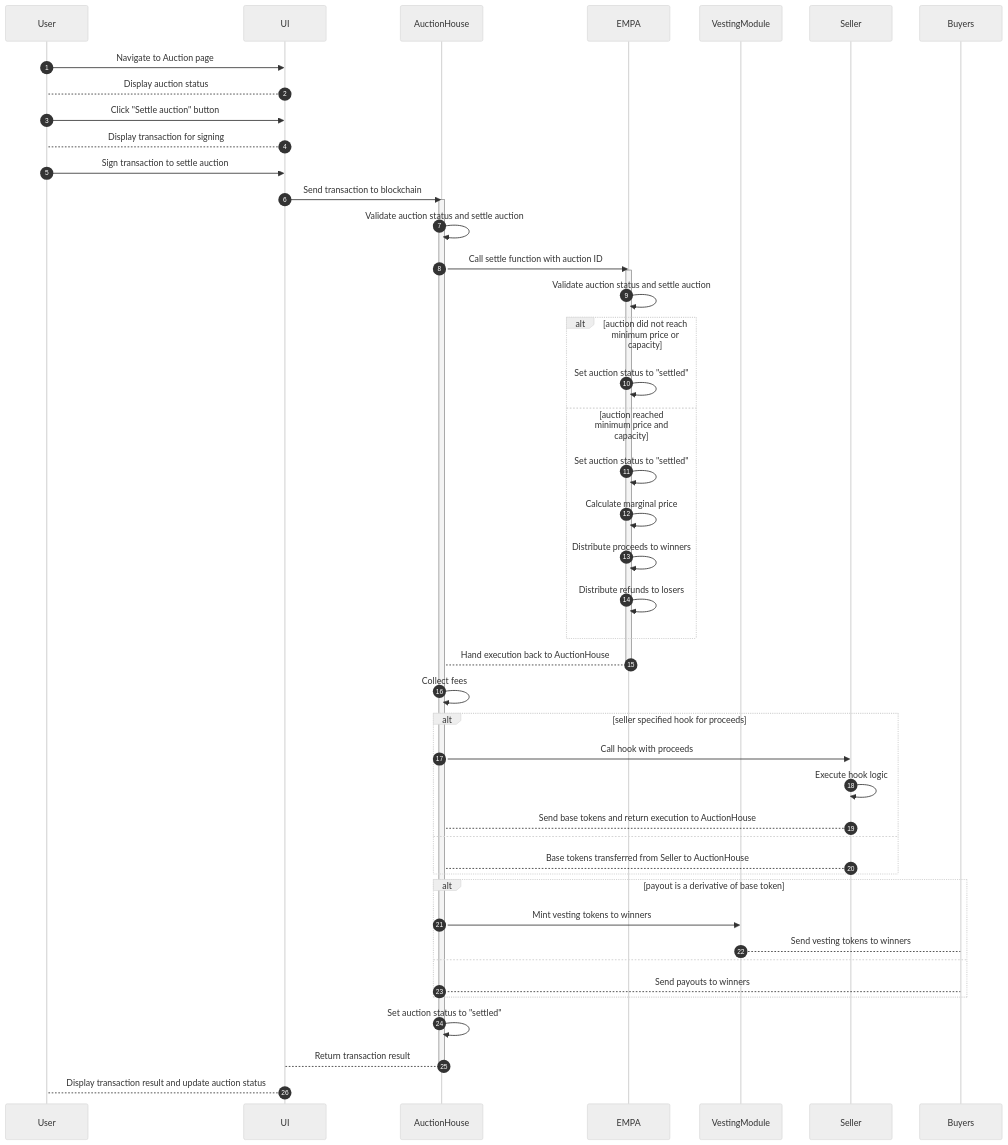
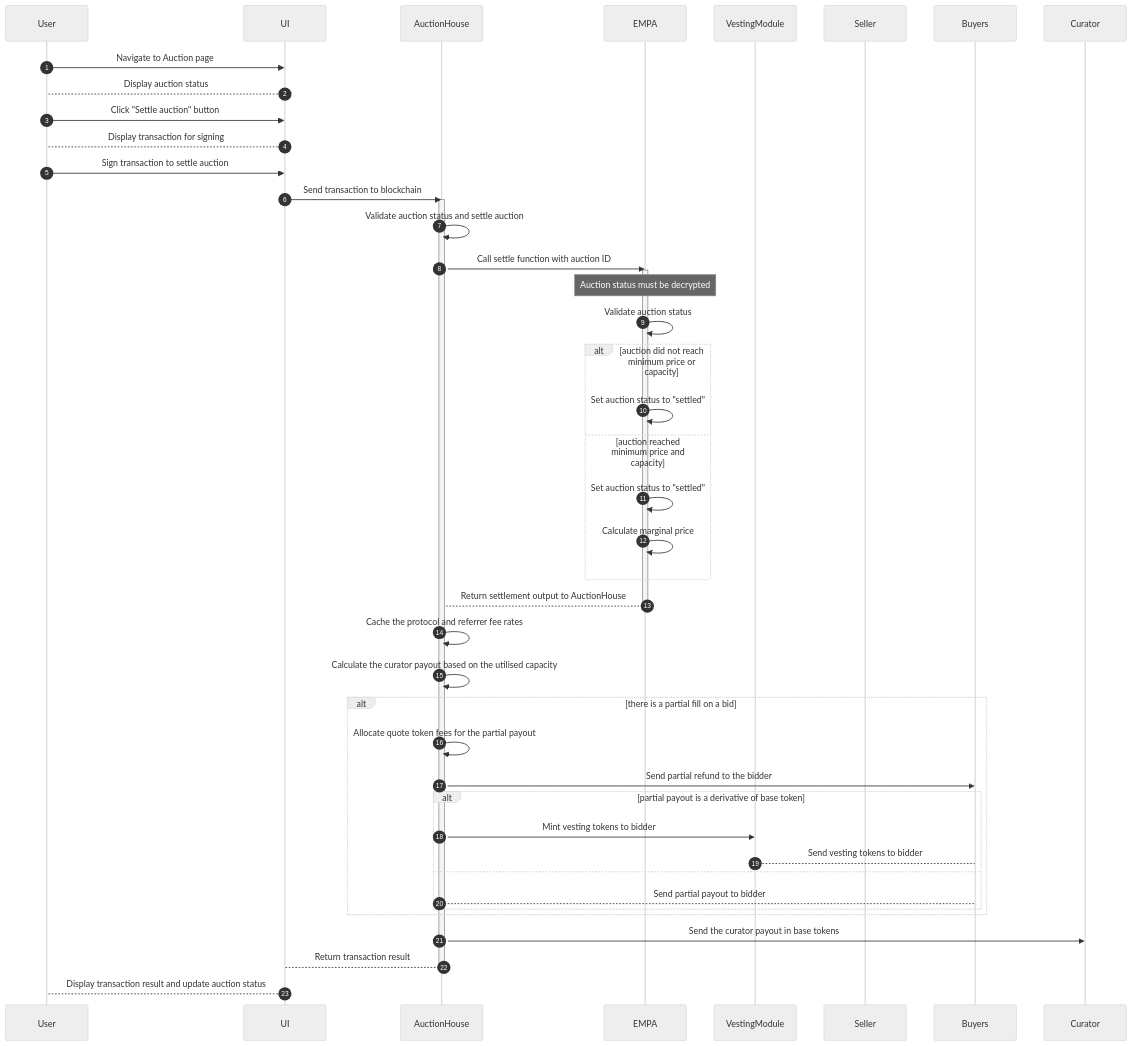
The sixth of 8 diagrams in design/EMPA.md (Axis-Fi/axis-core), drawn with Mermaid (neutral theme) before and after one commit. The commit also changed other lines of this file, not shown here.

Commit message:
Update settle() diagram, add loss of funds

````diff
--- a/design/EMPA.md
+++ b/design/EMPA.md
@@ -307,51 +312,48 @@
 ```mermaid
 sequenceDiagram
   autoNumber
   participant User
   participant UI
   participant AuctionHouse
   participant EMPA
   participant VestingModule
   participant Seller
   participant Buyers
 
   User->>UI: Navigate to Auction page
   UI-->User: Display auction status
   User->>UI: Click "Settle auction" button
   UI-->User: Display transaction for signing
   User->>UI: Sign transaction to settle auction
   UI->>AuctionHouse: Send transaction to blockchain
   activate AuctionHouse
       AuctionHouse->>AuctionHouse: Validate auction status and settle auction
       AuctionHouse->>EMPA: Call settle function with auction ID
       activate EMPA
-          EMPA->>EMPA: Validate auction status and settle auction
+          Note over EMPA: Auction status must be decrypted
+          EMPA->>EMPA: Validate auction status
           alt auction did not reach minimum price or capacity
               EMPA->>EMPA: Set auction status to "settled"
           else auction reached minimum price and capacity
               EMPA->>EMPA: Set auction status to "settled"
               EMPA->>EMPA: Calculate marginal price
-              EMPA->>EMPA: Distribute proceeds to winners
-              EMPA->>EMPA: Distribute refunds to losers
           end
-          EMPA-->AuctionHouse: Hand execution back to AuctionHouse
+          EMPA-->AuctionHouse: Return settlement output to AuctionHouse
       deactivate EMPA
-      AuctionHouse->>AuctionHouse: Collect fees
-      alt seller specified hook for proceeds
-          AuctionHouse->>Seller: Call hook with proceeds
-          Seller->>Seller: Execute hook logic
-          Seller-->AuctionHouse: Send base tokens and return execution to AuctionHouse
-      else
-          Seller-->AuctionHouse: Base tokens transferred from Seller to AuctionHouse
+      AuctionHouse->>AuctionHouse: Cache the protocol and referrer fee rates
+      AuctionHouse->>AuctionHouse: Calculate the curator payout based on the utilised capacity
+      alt there is a partial fill on a bid
+          AuctionHouse->>AuctionHouse: Allocate quote token fees for the partial payout
+          AuctionHouse->>Buyers: Send partial refund to the bidder
+          alt partial payout is a derivative of base token
+            AuctionHouse->>VestingModule: Mint vesting tokens to bidder
+            VestingModule-->Buyers: Send vesting tokens to bidder
+          else
+            AuctionHouse-->Buyers: Send partial payout to bidder
+          end
       end
-      alt payout is a derivative of base token
-        AuctionHouse->>VestingModule: Mint vesting tokens to winners
-        VestingModule-->Buyers: Send vesting tokens to winners
-      else
-        AuctionHouse-->Buyers: Send payouts to winners
-      end
-      AuctionHouse->>AuctionHouse: Set auction status to "settled"
+      AuctionHouse->>Curator: Send the curator payout in base tokens
       AuctionHouse-->UI: Return transaction result
   deactivate AuctionHouse
   UI-->User: Display transaction result and update auction status
 ```
````
